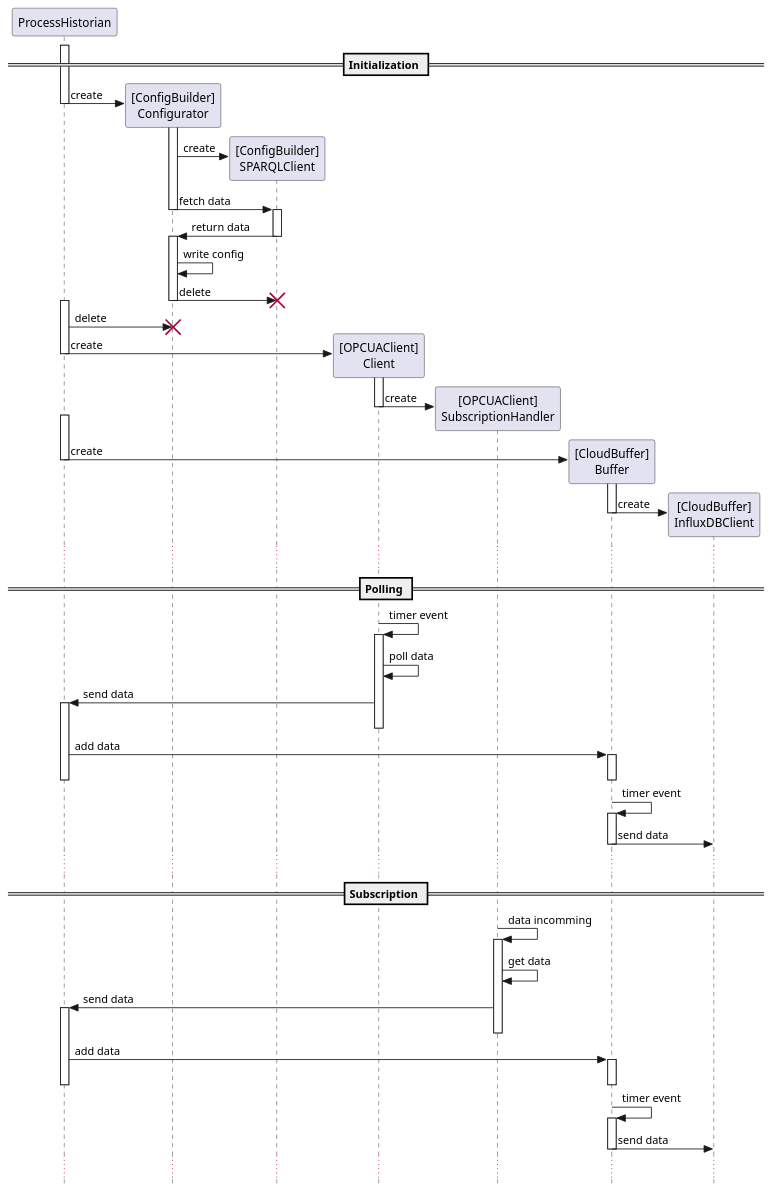
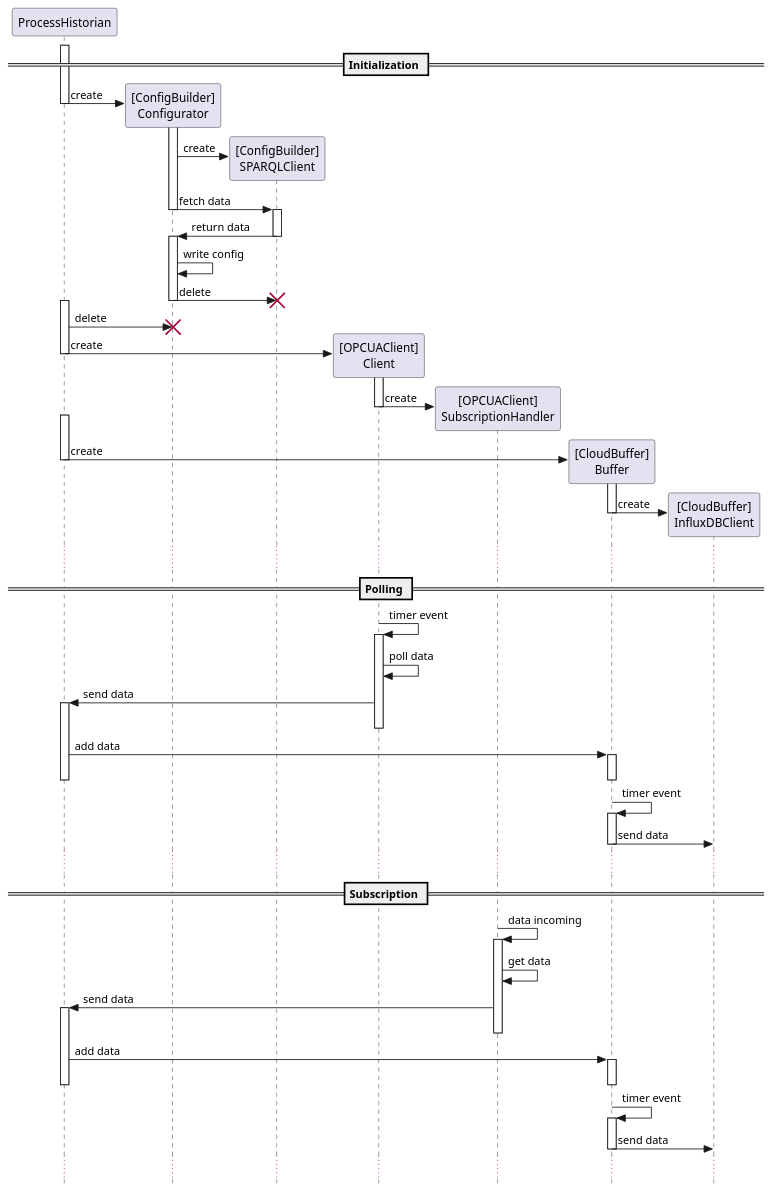
The diagram in architecture/sequence_diagram.pu (Praktikum-PvAS/process-historian), drawn with PlantUML before and after one commit.

```diff
--- a/architecture/sequence_diagram.pu
+++ b/architecture/sequence_diagram.pu
@@ -1,71 +1,71 @@
 @startuml "Sequence Diagram"
 skinparam style strictuml
 participant ProcessHistorian
 == Initialization ==
 activate ProcessHistorian
 ProcessHistorian -> "[ConfigBuilder]\nConfigurator" as ConfigBuilder.Configurator ** : create
 deactivate ProcessHistorian
 activate ConfigBuilder.Configurator
 ConfigBuilder.Configurator -> "[ConfigBuilder]\nSPARQLClient" as ConfigBuilder.SPARQLClient ** : create
 ConfigBuilder.Configurator -> ConfigBuilder.SPARQLClient : fetch data
 deactivate ConfigBuilder.Configurator
 activate ConfigBuilder.SPARQLClient
 ConfigBuilder.SPARQLClient -> ConfigBuilder.Configurator : return data
 deactivate ConfigBuilder.SPARQLClient
 activate ConfigBuilder.Configurator
 ConfigBuilder.Configurator -> ConfigBuilder.Configurator : write config
 ConfigBuilder.Configurator -> ConfigBuilder.SPARQLClient !! : delete
 deactivate ConfigBuilder.Configurator
 activate ProcessHistorian
 ProcessHistorian -> ConfigBuilder.Configurator !! : delete
 
 ProcessHistorian -> "[OPCUAClient]\nClient" as OPCUAClient.Client ** : create
 activate OPCUAClient.Client
 deactivate ProcessHistorian
 OPCUAClient.Client -> "[OPCUAClient]\nSubscriptionHandler" as OPCUAClient.SubscriptionHandler ** : create
 deactivate OPCUAClient.Client
 
 activate ProcessHistorian
 ProcessHistorian -> "[CloudBuffer]\nBuffer" as CloudBuffer.Buffer ** : create
 activate CloudBuffer.Buffer
 deactivate ProcessHistorian
 CloudBuffer.Buffer -> "[CloudBuffer]\nInfluxDBClient" as CloudBuffer.InfluxDBClient ** : create
 deactivate CloudBuffer.Buffer
 ...
 
 == Polling ==
 
 OPCUAClient.Client -> OPCUAClient.Client : timer event
 activate OPCUAClient.Client
 OPCUAClient.Client -> OPCUAClient.Client : poll data
 OPCUAClient.Client -> ProcessHistorian : send data
 activate ProcessHistorian
 deactivate OPCUAClient.Client
 ProcessHistorian -> CloudBuffer.Buffer : add data
 activate CloudBuffer.Buffer
 deactivate CloudBuffer.Buffer
 deactivate ProcessHistorian
 CloudBuffer.Buffer -> CloudBuffer.Buffer : timer event
 activate CloudBuffer.Buffer
 CloudBuffer.Buffer -> CloudBuffer.InfluxDBClient : send data
 deactivate CloudBuffer.Buffer
 ...
 
 == Subscription ==
 
-OPCUAClient.SubscriptionHandler -> OPCUAClient.SubscriptionHandler : data incomming
+OPCUAClient.SubscriptionHandler -> OPCUAClient.SubscriptionHandler : data incoming
 activate OPCUAClient.SubscriptionHandler
 OPCUAClient.SubscriptionHandler -> OPCUAClient.SubscriptionHandler : get data
 OPCUAClient.SubscriptionHandler -> ProcessHistorian : send data
 activate ProcessHistorian
 deactivate OPCUAClient.SubscriptionHandler
 ProcessHistorian -> CloudBuffer.Buffer : add data
 activate CloudBuffer.Buffer
 deactivate CloudBuffer.Buffer
 deactivate ProcessHistorian
 CloudBuffer.Buffer -> CloudBuffer.Buffer : timer event
 activate CloudBuffer.Buffer
 CloudBuffer.Buffer -> CloudBuffer.InfluxDBClient : send data
 deactivate CloudBuffer.Buffer
 ...
 @enduml
```
